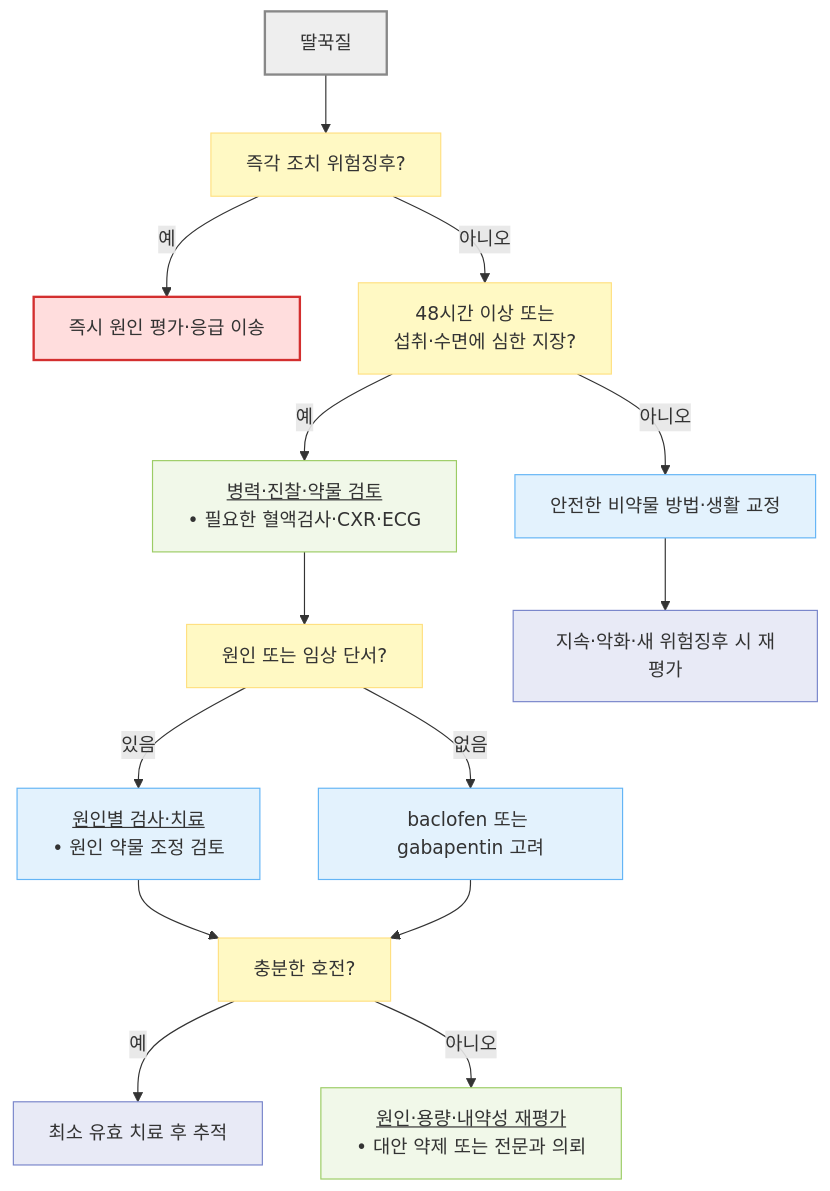
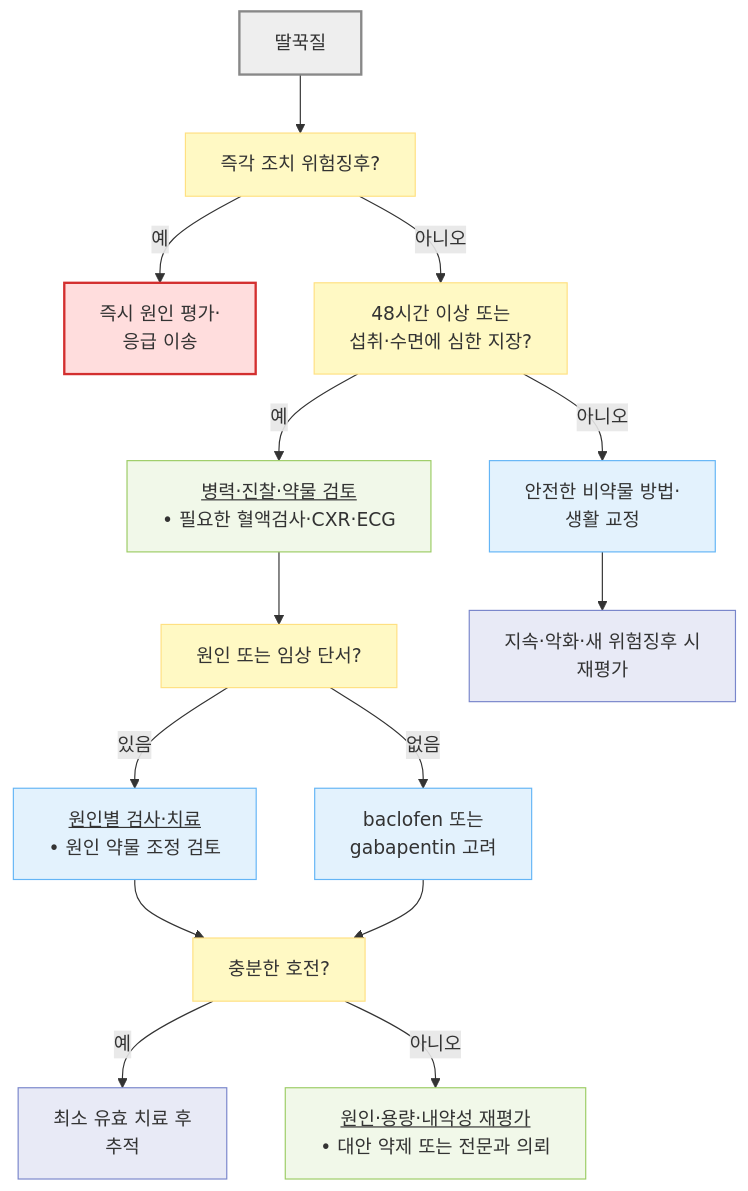
The diagram in 220_/010_-hiccups-singultus.md (familyoh77/familyoh77), drawn with Mermaid before and after one commit. The commit also changed other lines of this file, not shown here.

````diff
--- a/220_/010_-hiccups-singultus.md
+++ b/220_/010_-hiccups-singultus.md
@@ -116,29 +119,28 @@
 ```mermaid
 flowchart TD
     A["딸꾹질"] --> B["즉각 조치 위험징후?"]
-    B -- "예" --> C["즉시 원인 평가·응급 이송"]
+    B -- "예" --> C["즉시 원인 평가·<br/>응급 이송"]
     B -- "아니오" --> D["48시간 이상 또는<br/>섭취·수면에 심한 지장?"]
-    D -- "아니오" --> E["안전한 비약물 방법·생활 교정"]
+    D -- "아니오" --> E["안전한 비약물 방법·<br/>생활 교정"]
     D -- "예" --> F["<u>병력·진찰·약물 검토</u><br/>• 필요한 혈액검사·CXR·ECG"]
     F --> G["원인 또는 임상 단서?"]
     G -- "있음" --> H["<u>원인별 검사·치료</u><br/>• 원인 약물 조정 검토"]
-    G -- "없음" --> I["baclofen 또는 gabapentin 고려"]
+    G -- "없음" --> I["baclofen 또는 <br/>gabapentin 고려"]
     H --> J["충분한 호전?"]
     I --> J
-    J -- "예" --> K["최소 유효 치료 후 추적"]
+    J -- "예" --> K["최소 유효 치료 후 <br/>추적"]
     J -- "아니오" --> L["<u>원인·용량·내약성 재평가</u><br/>• 대안 약제 또는 전문과 의뢰"]
-    E --> M["지속·악화·새 위험징후 시 재평가"]
-
+    E --> M["지속·악화·새 위험징후 시 <br/>재평가"]
     classDef start fill:#eeeeee,stroke:#888888,stroke-width:2px
     classDef question fill:#fff9c4,stroke:#ffe082
     classDef emergency fill:#ffdddd,stroke:#d32f2f,stroke-width:2px
     classDef evaluation fill:#f1f8e9,stroke:#9ccc65
     classDef treatment fill:#e3f2fd,stroke:#64b5f6
     classDef followup fill:#e8eaf6,stroke:#7986cb
     class A start
     class B,D,G,J question
     class C emergency
     class F,L evaluation
     class E,H,I treatment
     class K,M followup
 ```
````
